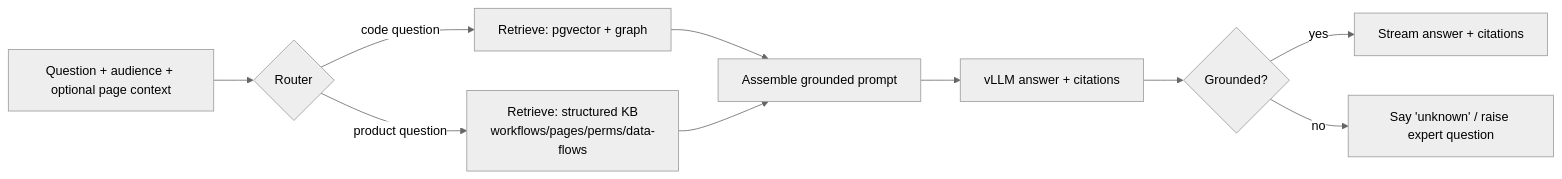
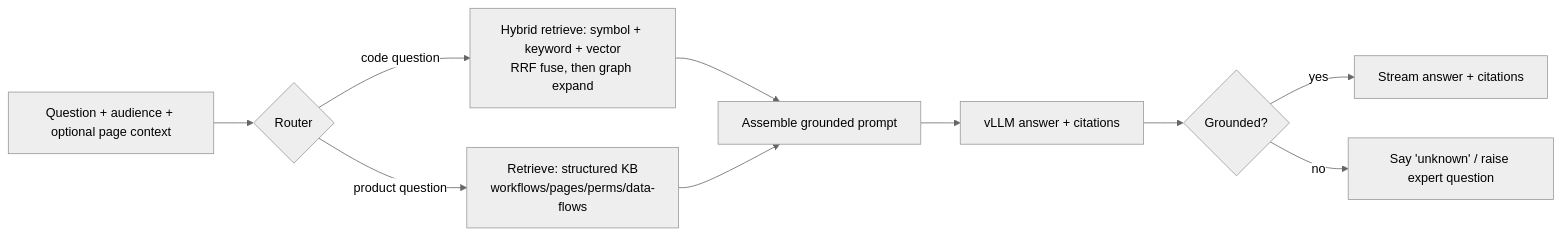
Before and after one commit to ashokduraik/CodeSage: the second of 2 diagrams in docs/final-solution.md, drawn with Mermaid (neutral theme). The commit also changed other lines of this file and 45 other files, not shown here.

````diff
--- a/docs/final-solution.md
+++ b/docs/final-solution.md
@@ -297,12 +297,12 @@
 ```mermaid
 flowchart LR
     Q[Question + audience + optional page context] --> R{Router}
-    R -->|code question| C[Retrieve: pgvector + graph]
+    R -->|code question| C[Hybrid retrieve: symbol + keyword + vector\nRRF fuse, then graph expand]
     R -->|product question| K[Retrieve: structured KB\nworkflows/pages/perms/data-flows]
     C --> A[Assemble grounded prompt]
     K --> A
     A --> L[vLLM answer + citations]
     L --> G{Grounded?}
     G -->|yes| OUT[Stream answer + citations]
     G -->|no| QQ[Say 'unknown' / raise expert question]
 ```
````
